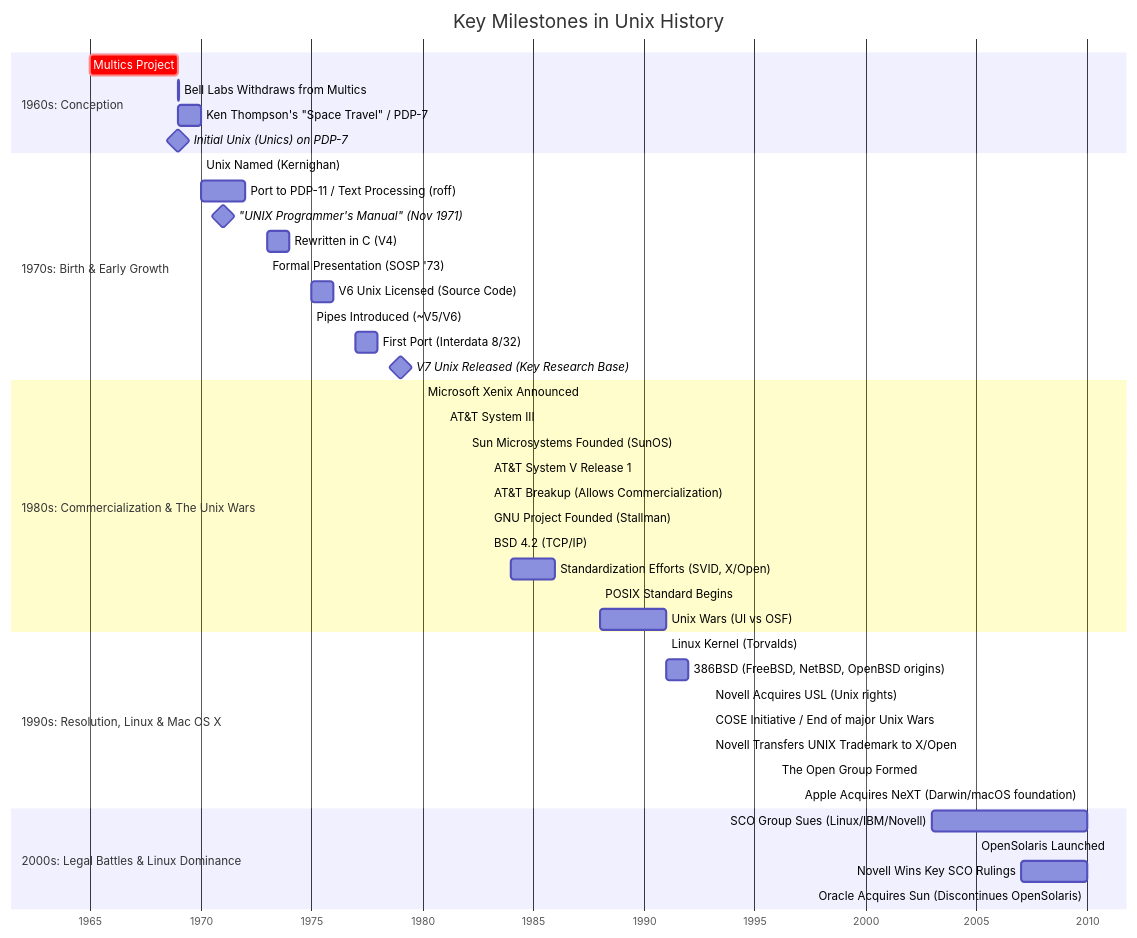
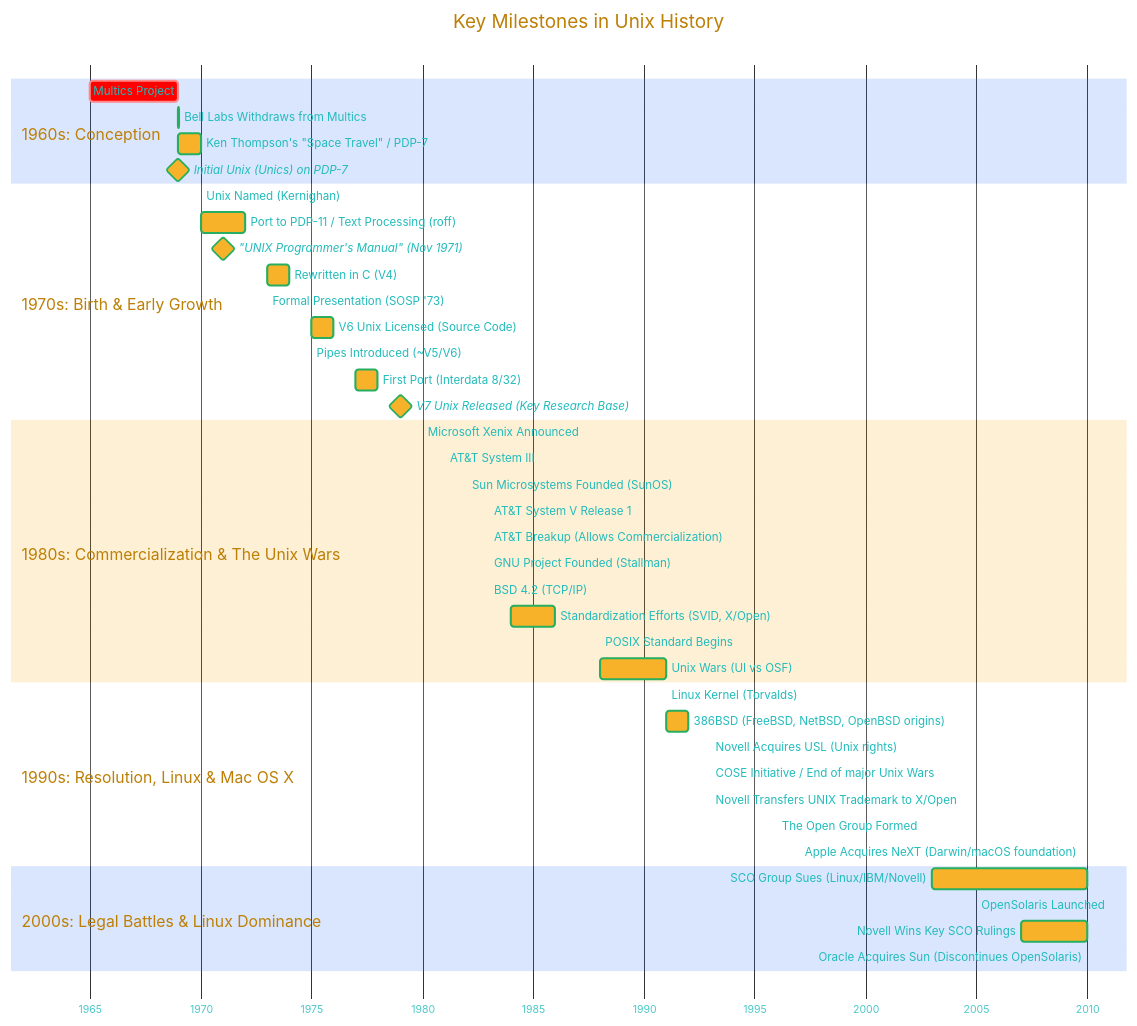
One commit to CongLeSolutionX/Digital-Bedrock-Landscape changed the first of 7 diagrams in THE_PAST/PART-4_Consolidated_info.md. Above: the diagram before and after it, drawn with Mermaid. The commit also changed other lines of this file, not shown here.

````diff
--- a/THE_PAST/PART-4_Consolidated_info.md
+++ b/THE_PAST/PART-4_Consolidated_info.md
@@ -43,4 +40,39 @@
 ```mermaid
+---
+title: "The History of Unix: A Saga Unfolds"
+author: "Cong Le"
+version: "1.0"
+license(s): "MIT, CC BY-SA 4.0"
+copyright: "Copyright (c) 2025 Cong Le. All Rights Reserved."
+config:
+  layout: elk
+  theme: base
+---
+%%%%%%%% Mermaid version v11.4.1-b.14
+%%{
+  init: {
+    'gantt': {
+      'titleTopMargin': 25,
+      'barHeight': 20,
+      'barGap': 5,
+      'topPadding': 75,
+      'rightPadding': 75,
+      'leftPadding': 75,
+      'gridLineStartPadding': 35,
+       'sectionFontSize': 15
+    },
+    'themeVariables': {
+      'primaryColor': '#F8B229',
+      'primaryTextColor': '#2BB',
+      'primaryBorderColor': '#27AE60',
+      'secondaryColor': '#EBDEF0',
+      'secondaryTextColor': '#6C3483',
+      'secondaryBorderColor': '#A569BD',
+      'fontSize': '20px'
+    },
+    'fontFamily': 'Bradley Hand'
+  }
+}%%
 gantt
     title Key Milestones in Unix History
     dateFormat  YYYY
````
